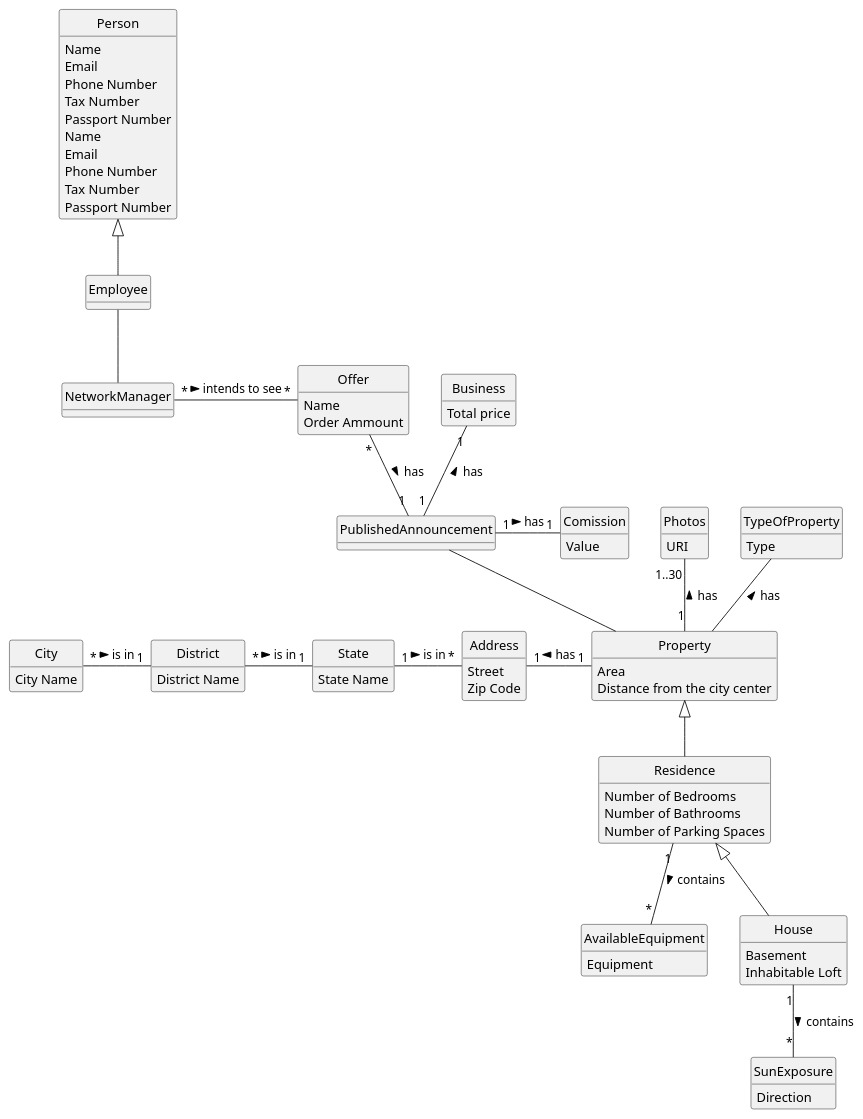
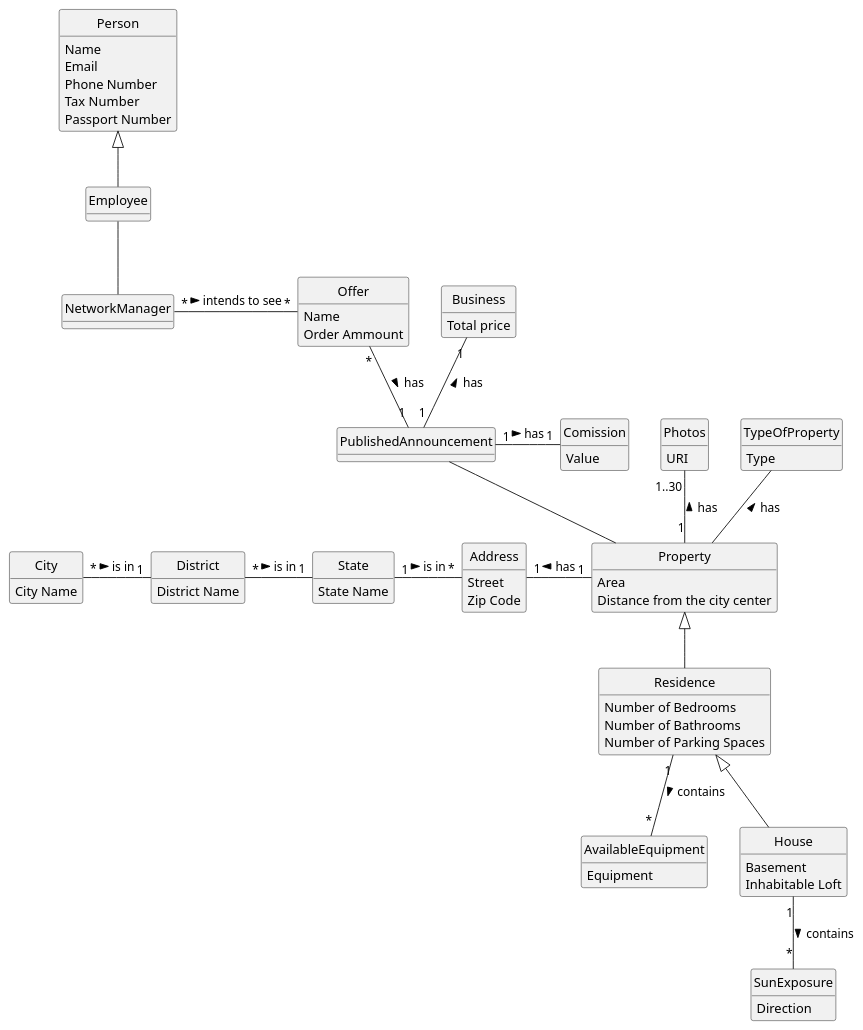
Before and after one commit to PureNimble/ISEP-LAPR2: the diagram in docs/sprintD/US017/02.analysis/puml/us17-domain-model.puml, drawn with PlantUML. The commit also changed 30 other files, not shown here.

First line of the commit message:
US17-changing the SSD and SD and adding the spli diagrams that were missing and the respective svg of the partial diagrams and adding questions that were missing on Readme.md located on Requirements Engineering

```diff
--- a/docs/sprintD/US017/02.analysis/puml/us17-domain-model.puml
+++ b/docs/sprintD/US017/02.analysis/puml/us17-domain-model.puml
@@ -1,128 +1,121 @@
 @startuml
 skinparam monochrome true
 skinparam packageStyle rectangle
 skinparam shadowing false
 
 'left to right direction
 
 skinparam classAttributeIconSize 0
 
 hide circle
 hide methods
 
 
 class Employee{
 }
 
 class Person{
 Name
 Email
 Phone Number
 Tax Number
 Passport Number
 }
 
 class NetworkManager{
 }
 
 class Offer{
 Name
 Order Ammount
 }
 
 class Address {
 Street
 Zip Code
 }
 
 class AvailableEquipment {
 Equipment
 }
 
 
 class Business {
 Total price
 }
 
 
 class City {
 City Name
 }
 
 class Comission {
 Value
 }
 
 
 class District {
 District Name
 }
 
 
 class House {
 Basement
 Inhabitable Loft
 }
 
-class Person {
-Name
-Email
-Phone Number
-Tax Number
-Passport Number
-}
 
 class Photos {
 URI
 }
 
 class Property {
 Area
 Distance from the city center
 }
 
 class PublishedAnnouncement {
 }
 
 class Residence {
 Number of Bedrooms
 Number of Bathrooms
 Number of Parking Spaces
 }
 
 
 class State {
 State Name
 }
 
 class SunExposure {
 Direction
 }
 
 class TypeOfProperty {
 Type
 }
 
 Person <|-- Employee
 Employee -- NetworkManager
 
 
 NetworkManager "*" - "*" Offer: intends to see >
 Offer "*" -- "1" PublishedAnnouncement: has >
 PublishedAnnouncement -- Property
 TypeOfProperty -- Property : has <
 Property <|-- Residence
 Photos "1..30" -- "1" Property : has <
 Residence <|-- House
 Residence "1" -- "*" AvailableEquipment : contains >
 House "1" -- "*" SunExposure: contains >
 PublishedAnnouncement "1" - "1" Comission :has >
 Business "1" -- "1" PublishedAnnouncement : has <
 
 Address "1" -right-- "1" Property: has <
 State "1" -left-- "*" District: is in <
 District "1" -left-- "*" City: is in <
 Address "*" -left-- "1" State: is in <
 
 
 @enduml
```
